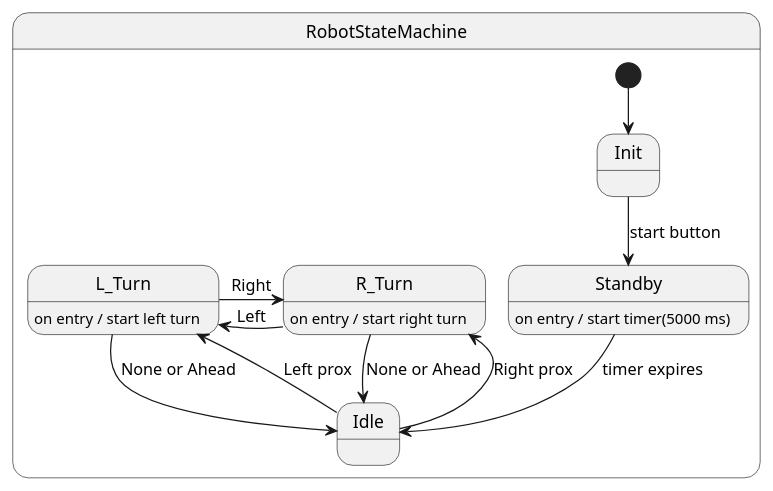
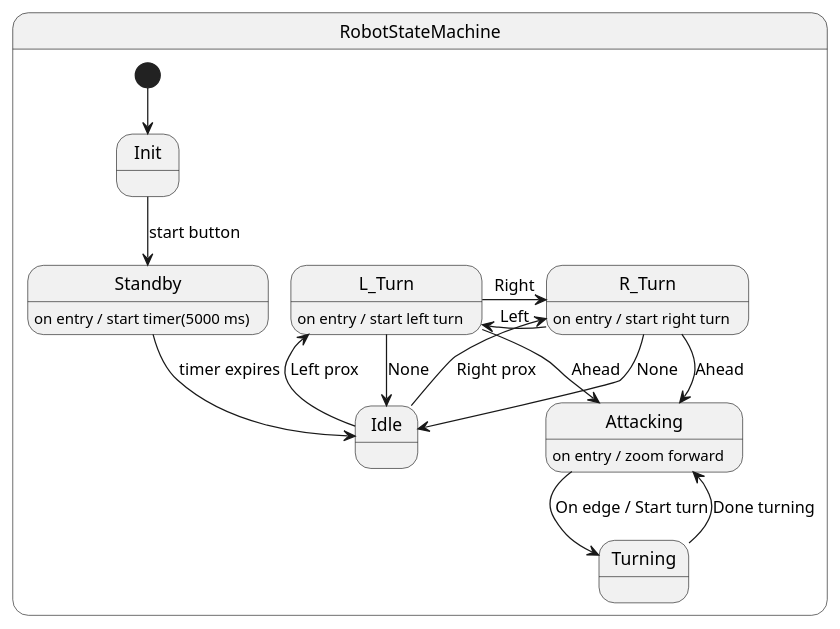
Before and after one commit to penguinencounter/scanbot: the diagram in statechart.puml, drawn with PlantUML. The commit also changed 5 other files, not shown here.

```diff
--- a/statechart.puml
+++ b/statechart.puml
@@ -1,16 +1,21 @@
 @startuml
 state RobotStateMachine {
     [*] --> Init
     Init --> Standby : start button
     Standby : on entry / start timer(5000 ms)
     Standby --> Idle : timer expires
     Idle --> L_Turn : Left prox
     Idle --> R_Turn : Right prox
     L_Turn : on entry / start left turn
     R_Turn : on entry / start right turn
     L_Turn -> R_Turn : Right
     R_Turn -> L_Turn : Left
-    L_Turn --> Idle : None or Ahead
-    R_Turn --> Idle : None or Ahead
+    L_Turn --> Idle : None
+    R_Turn --> Idle : None
+    L_Turn --> Attacking : Ahead
+    R_Turn --> Attacking : Ahead
+    Attacking : on entry / zoom forward
+    Attacking --> Turning : On edge / Start turn
+    Turning --> Attacking : Done turning
 }
 @enduml
```
